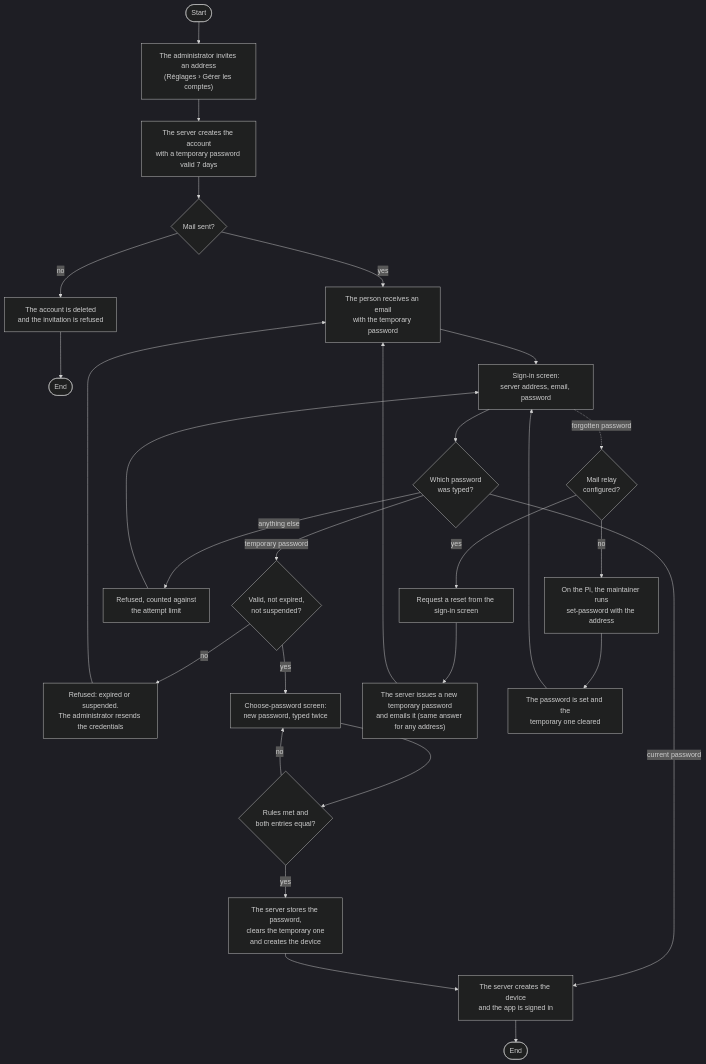
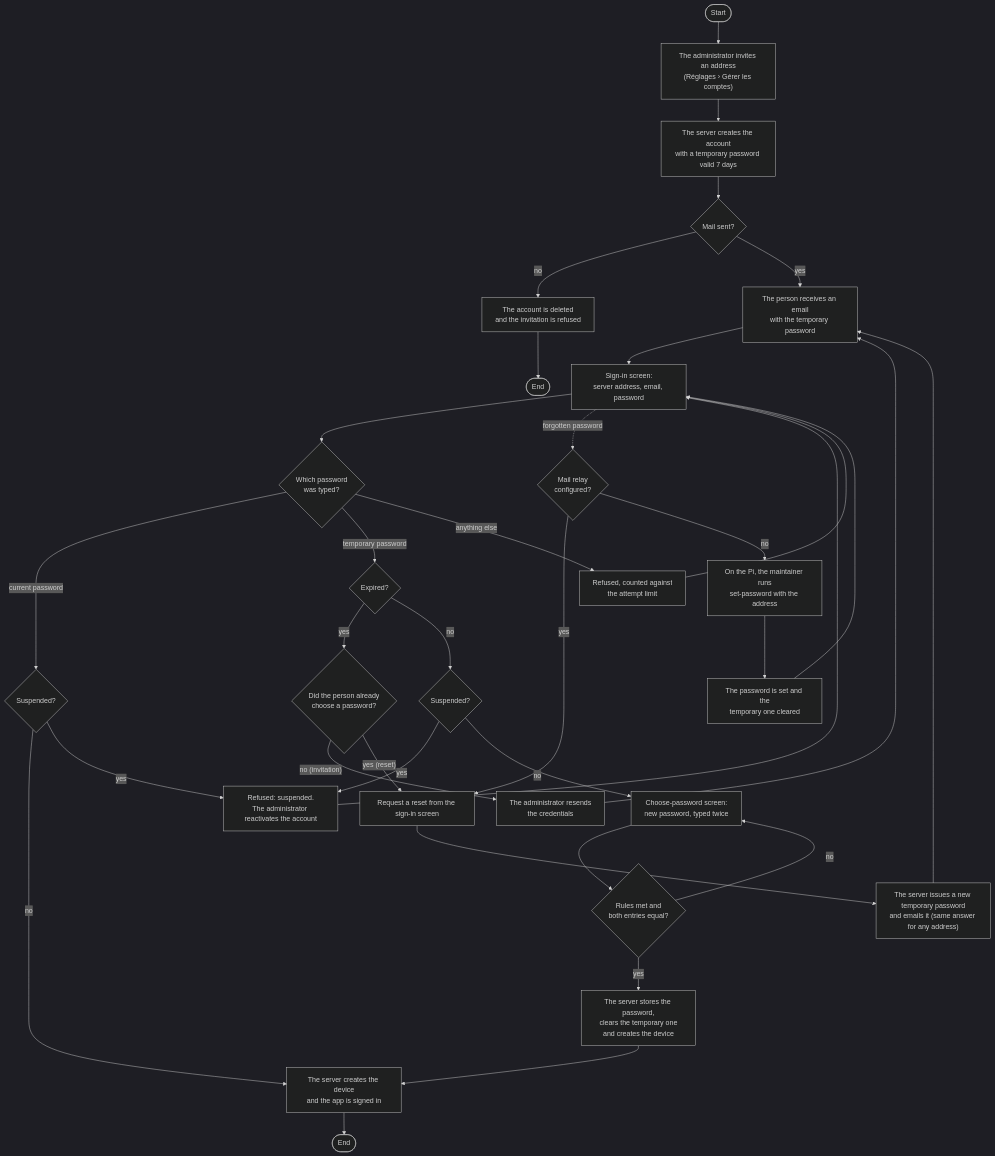
The diagram in docs/sync-server.md (glimberger/mes-courses), drawn with Mermaid (dark theme) before and after one commit. The commit also changed other lines of this file, not shown here.

Commit message:
docs: split the expired and suspended branch of the sign-in diagram

````diff
--- a/docs/sync-server.md
+++ b/docs/sync-server.md
@@ -41,32 +41,39 @@
 ```mermaid
 flowchart TD
   start(["Start"]) --> invite["The administrator invites an address<br/>(Réglages › Gérer les comptes)"]
   invite --> created["The server creates the account<br/>with a temporary password valid 7 days"]
   created --> mailok{"Mail sent?"}
   mailok -- "no" --> undone["The account is deleted<br/>and the invitation is refused"]
   undone --> stop1(["End"])
   mailok -- "yes" --> mail["The person receives an email<br/>with the temporary password"]
   mail --> signin["Sign-in screen:<br/>server address, email, password"]
 
   signin --> which{"Which password<br/>was typed?"}
-  which -- "current password" --> device["The server creates the device<br/>and the app is signed in"]
-  which -- "temporary password" --> valid{"Valid, not expired,<br/>not suspended?"}
+  which -- "current password" --> susp1{"Suspended?"}
+  susp1 -- "no" --> device["The server creates the device<br/>and the app is signed in"]
+  susp1 -- "yes" --> suspended["Refused: suspended.<br/>The administrator reactivates the account"]
+  suspended --> signin
+  which -- "temporary password" --> exp{"Expired?"}
   which -- "anything else" --> refused["Refused, counted against<br/>the attempt limit"]
   refused --> signin
-  valid -- "no" --> expired["Refused: expired or suspended.<br/>The administrator resends the credentials"]
-  expired --> mail
-  valid -- "yes" --> choose["Choose-password screen:<br/>new password, typed twice"]
+  exp -- "yes" --> expired{"Did the person already<br/>choose a password?"}
+  expired -- "no (invitation)" --> resend["The administrator resends<br/>the credentials"]
+  resend --> mail
+  expired -- "yes (reset)" --> reset
+  exp -- "no" --> susp2{"Suspended?"}
+  susp2 -- "yes" --> suspended
+  susp2 -- "no" --> choose["Choose-password screen:<br/>new password, typed twice"]
   choose --> rules{"Rules met and<br/>both entries equal?"}
   rules -- "no" --> choose
   rules -- "yes" --> save["The server stores the password,<br/>clears the temporary one<br/>and creates the device"]
   save --> device
   device --> stop2(["End"])
 
   signin -. "forgotten password" .-> relay{"Mail relay<br/>configured?"}
   relay -- "yes" --> reset["Request a reset from the sign-in screen"]
   reset --> newtemp["The server issues a new temporary password<br/>and emails it (same answer for any address)"]
   newtemp --> mail
   relay -- "no" --> setpw["On the Pi, the maintainer runs<br/>set-password with the address"]
   setpw --> newpw["The password is set and the<br/>temporary one cleared"]
   newpw --> signin
 ```
````
